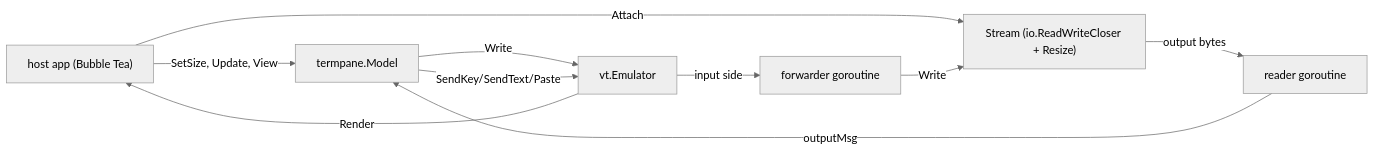
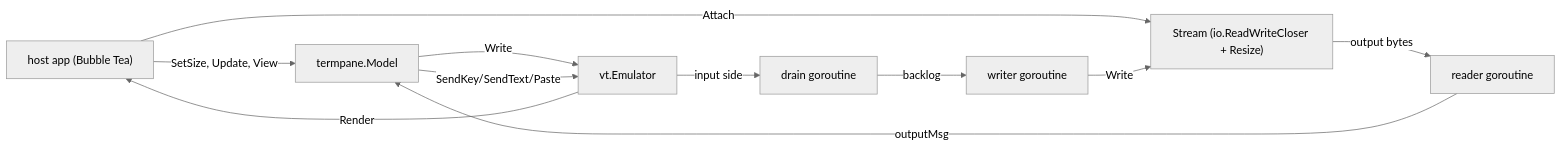
The diagram in termpane/DESIGN.md (discobox-ai/discobox), drawn with Mermaid (neutral theme) before and after one commit. The commit also changed other lines of this file and 3 other files, not shown here.

````diff
--- a/termpane/DESIGN.md
+++ b/termpane/DESIGN.md
@@ -23,12 +23,13 @@
 ```mermaid
 flowchart LR
     Host["host app (Bubble Tea)"] -->|SetSize, Update, View| M["termpane.Model"]
     Host -->|Attach| S["Stream (io.ReadWriteCloser + Resize)"]
     S -->|output bytes| R["reader goroutine"]
     R -->|outputMsg| M
     M -->|Write| E["vt.Emulator"]
     E -->|Render| Host
     M -->|SendKey/SendText/Paste| E
-    E -->|input side| F["forwarder goroutine"]
-    F -->|Write| S
+    E -->|input side| D["drain goroutine"]
+    D -->|backlog| W["writer goroutine"]
+    W -->|Write| S
 ```
````
